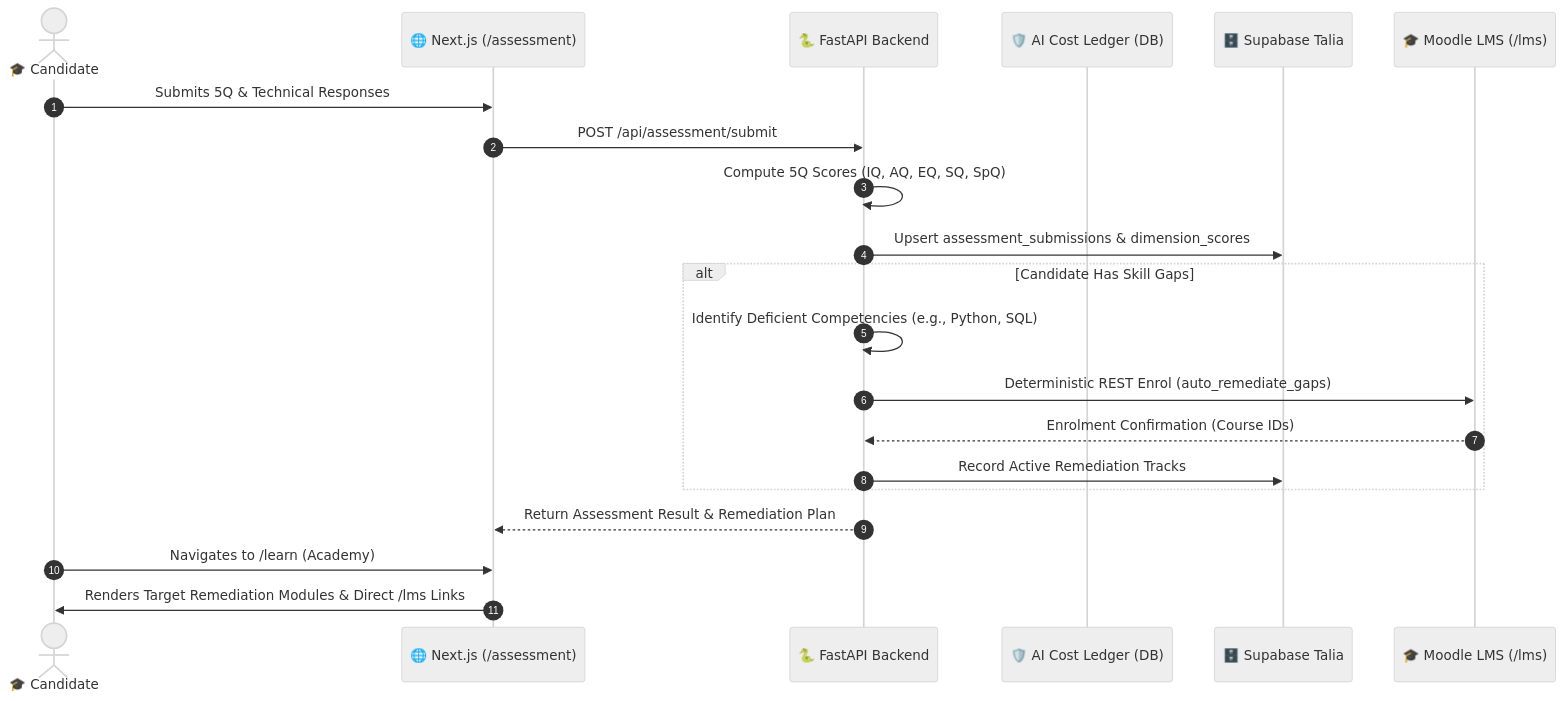
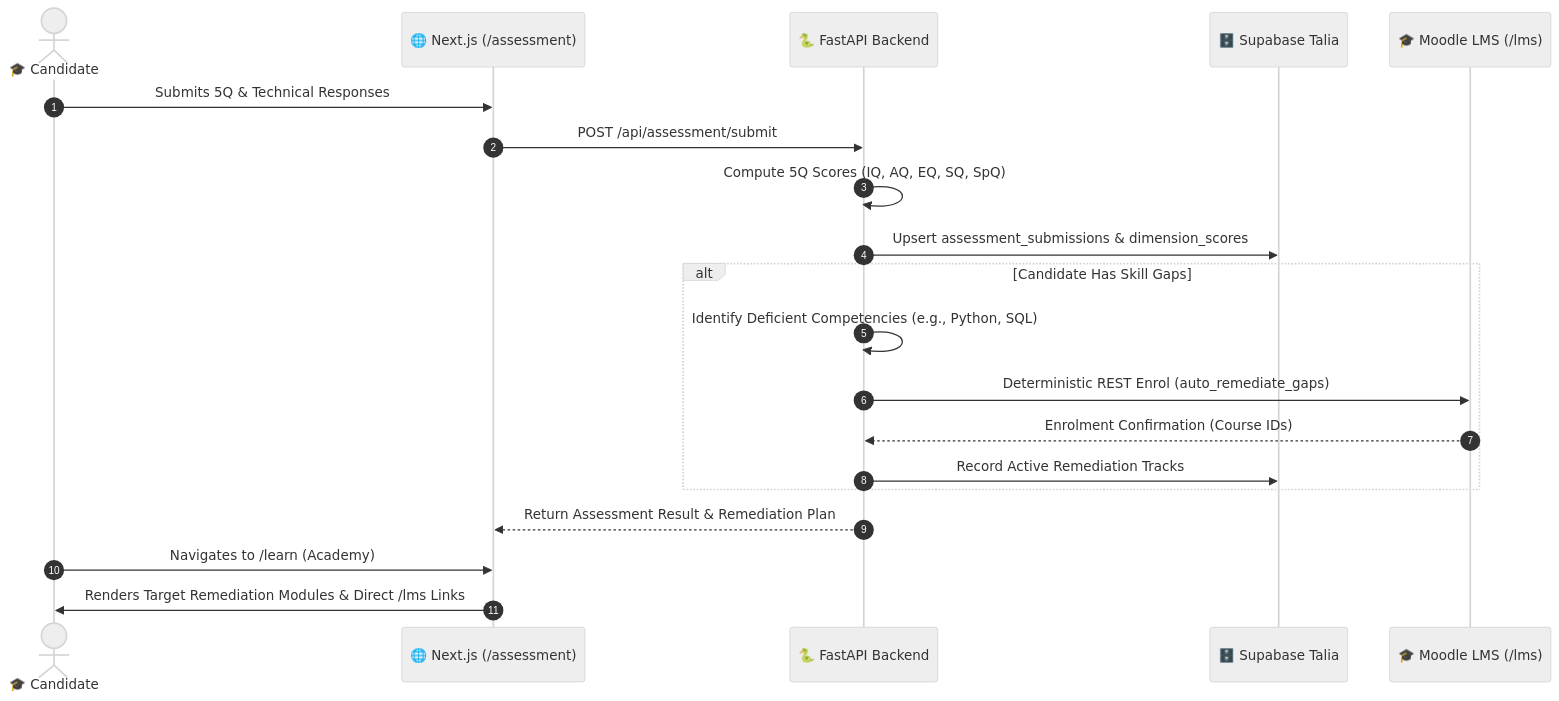
One commit to tnmurthy/c2c changed the second of 5 diagrams in c2c_hld.md. Above: the diagram before and after it, drawn with Mermaid (neutral theme). The commit also changed other lines of this file and 12 other files, not shown here.

Commit message:
docs: add comprehensive HLD, LLD, workflows and wiki architecture

````diff
--- a/c2c_hld.md
+++ b/c2c_hld.md
@@ -170,26 +202,25 @@
 ```mermaid
 sequenceDiagram
     autonumber
     actor Candidate as 🎓 Candidate
     participant Web as 🌐 Next.js (/assessment)
     participant API as 🐍 FastAPI Backend
-    participant Ledger as 🛡️ AI Cost Ledger (DB)
     participant DB as 🗄️ Supabase Talia
     participant Moodle as 🎓 Moodle LMS (/lms)
 
     Candidate->>Web: Submits 5Q & Technical Responses
     Web->>API: POST /api/assessment/submit
     API->>API: Compute 5Q Scores (IQ, AQ, EQ, SQ, SpQ)
     API->>DB: Upsert assessment_submissions & dimension_scores
     
     alt Candidate Has Skill Gaps
         API->>API: Identify Deficient Competencies (e.g., Python, SQL)
         API->>Moodle: Deterministic REST Enrol (auto_remediate_gaps)
         Moodle-->>API: Enrolment Confirmation (Course IDs)
         API->>DB: Record Active Remediation Tracks
     end
 
     API-->>Web: Return Assessment Result & Remediation Plan
     Candidate->>Web: Navigates to /learn (Academy)
     Web->>Candidate: Renders Target Remediation Modules & Direct /lms Links
 ```
````
